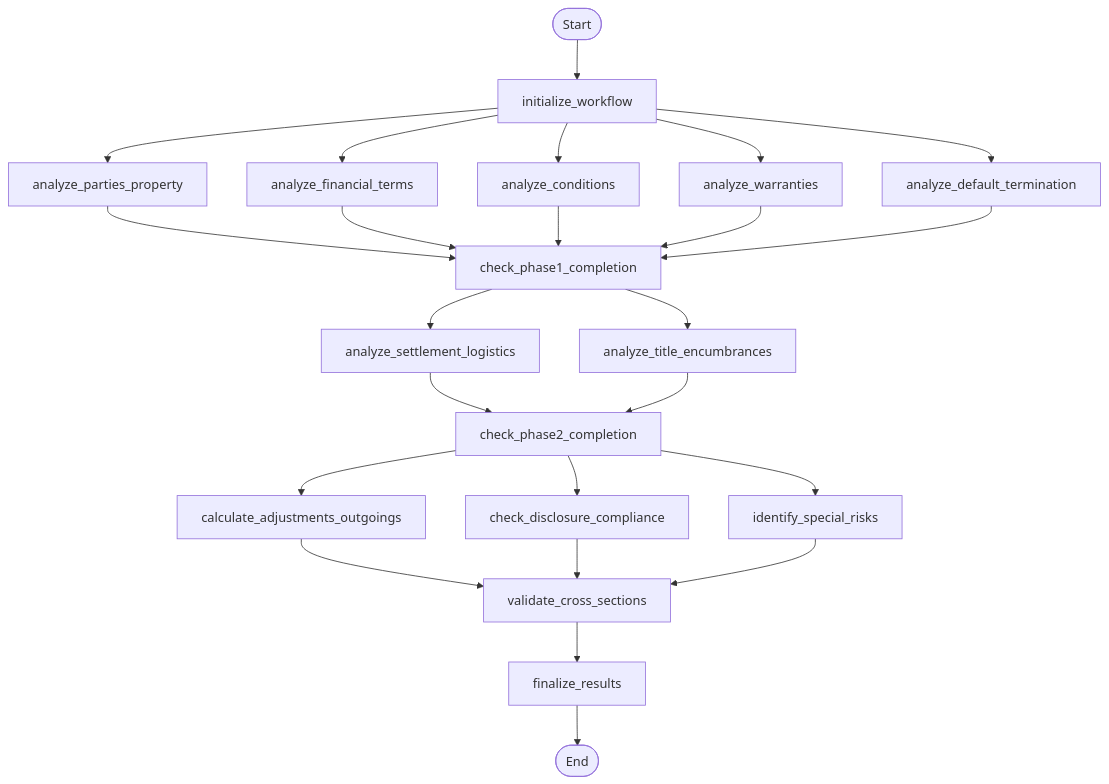
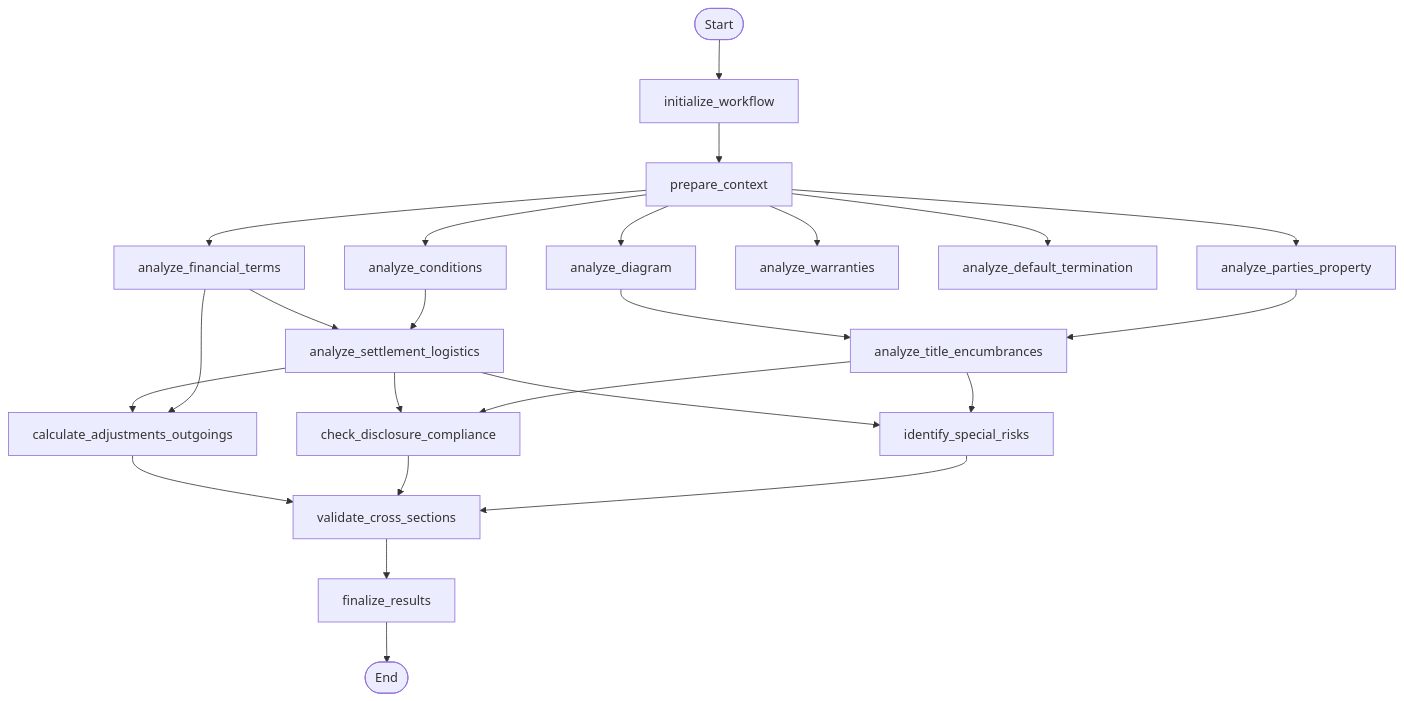
The diagram in docs/workflows/step2-section-analysis-workflow.md (bohui/real2ai), drawn with Mermaid before and after one commit. The commit also changed other lines of this file and 39 other files, not shown here.

````diff
--- a/docs/workflows/step2-section-analysis-workflow.md
+++ b/docs/workflows/step2-section-analysis-workflow.md
@@ -5,36 +5,42 @@
 ```mermaid
 graph TD
   START([Start])
   END([End])
 
-  START --> INIT[initialize_workflow]
+  %% Initialization
+  START --> I[initialize_workflow]
+  I --> P[prepare_context]
 
-  INIT --> P1A[analyze_parties_property]
-  INIT --> P1B[analyze_financial_terms]
-  INIT --> P1C[analyze_conditions]
-  INIT --> P1D[analyze_warranties]
-  INIT --> P1E[analyze_default_termination]
+  %% Phase 1: Foundation Analysis (parallel-capable)
+  P --> F1A[analyze_parties_property]
+  P --> F1B[analyze_financial_terms]
+  P --> F1C[analyze_conditions]
+  P --> F1D[analyze_warranties]
+  P --> F1E[analyze_default_termination]
+  P --> F1F[analyze_diagram]
 
-  P1A --> C1[check_phase1_completion]
-  P1B --> C1
-  P1C --> C1
-  P1D --> C1
-  P1E --> C1
+  %% Phase 2: Dependent Analysis (DAG sequencing)
+  F1B --> S2A[analyze_settlement_logistics]
+  F1C --> S2A
 
-  C1 --> S2A[analyze_settlement_logistics]
-  C1 --> S2B[analyze_title_encumbrances]
+  F1F --> S2B[analyze_title_encumbrances]
+  F1A --> S2B
 
-  S2A --> C2[check_phase2_completion]
-  S2B --> C2
+  %% Phase 3: Synthesis Analysis (depends on prior nodes)
+  S2A --> S3A[calculate_adjustments_outgoings]
+  F1B --> S3A
 
-  C2 --> S3A[calculate_adjustments_outgoings]
-  C2 --> S3B[check_disclosure_compliance]
-  C2 --> S3C[identify_special_risks]
+  S2A --> S3B[check_disclosure_compliance]
+  S2B --> S3B
 
-  S3A --> V[validate_cross_sections]
-  S3B --> V
-  S3C --> V
+  S2A --> S3C[identify_special_risks]
+  S2B --> S3C
 
-  V --> F[finalize_results]
+  %% Cross-section validation and finalization
+  S3A --> X[validate_cross_sections]
+  S3B --> X
+  S3C --> X
+
+  X --> F[finalize_results]
   F --> END
 ```
````
